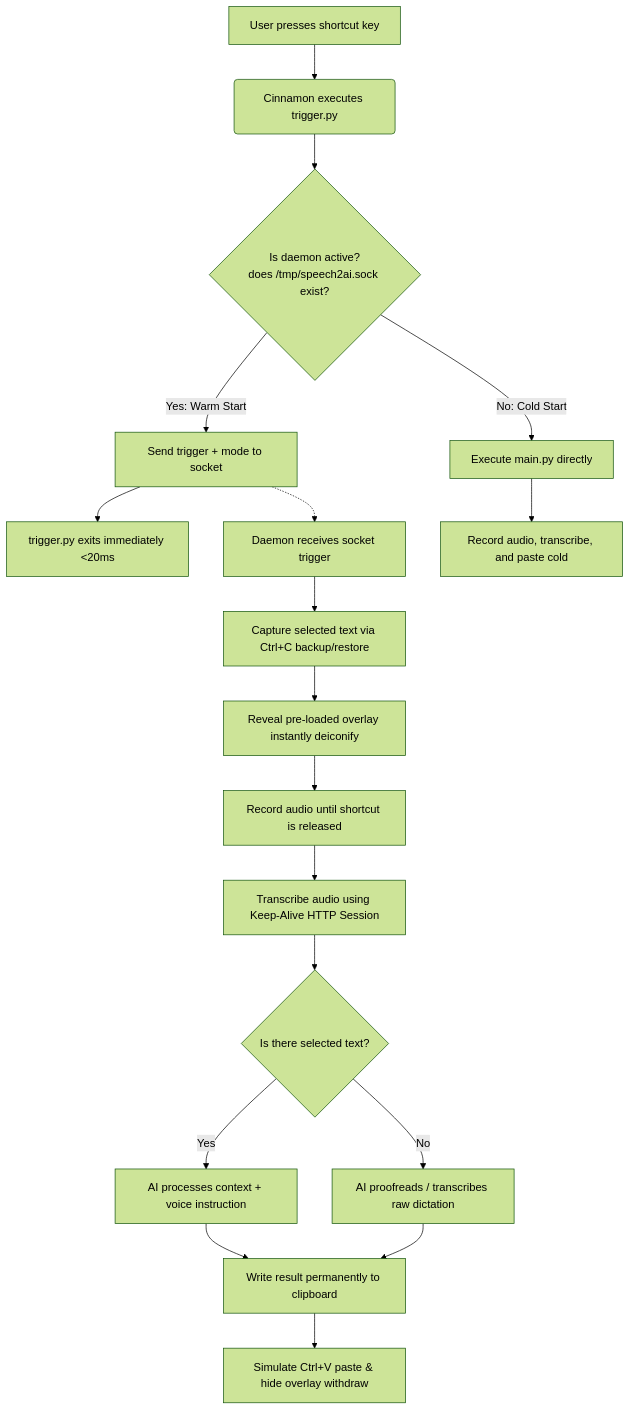
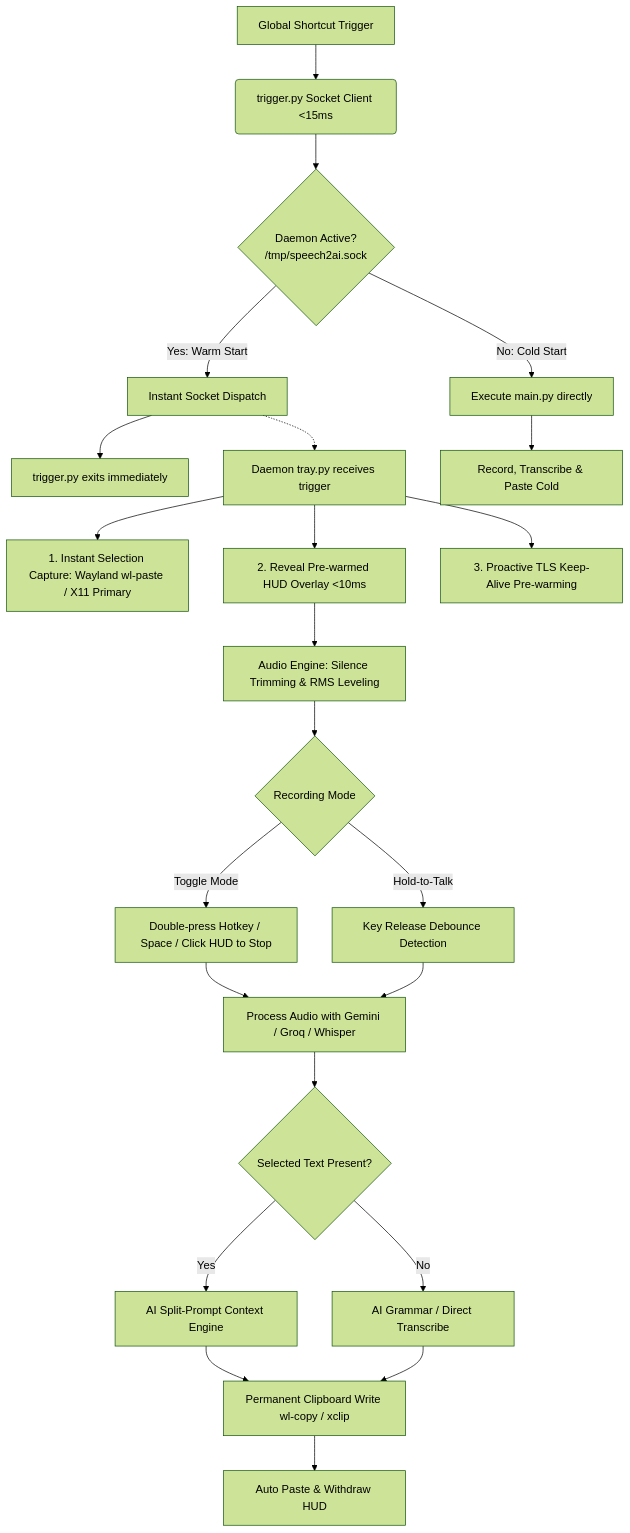
One commit to riisager/speech2ai changed the diagram in README.md. Above: the diagram before and after it, drawn with Mermaid (forest theme). The commit also changed other lines of this file and 9 other files, not shown here.

Commit message:
Feat: Major Speech2AI Upgrade - Wayland & X11 dual support, silence trimming, TLS pre-warming, Toggle/Hold recording modes, and resilient sessions

````diff
--- a/README.md
+++ b/README.md
@@ -11,28 +11,35 @@
 ```mermaid
 graph TD
-    A[User presses shortcut key] --> B(Cinnamon executes trigger.py)
-    B --> C{Is daemon active?<br>does /tmp/speech2ai.sock exist?}
+    A[Global Shortcut Trigger] --> B(trigger.py Socket Client <15ms)
+    B --> C{Daemon Active?<br>/tmp/speech2ai.sock}
     
     %% Warm Start Flow
-    C -- Yes: Warm Start --> D[Send trigger + mode to socket]
-    D --> E[trigger.py exits immediately <20ms]
+    C -- Yes: Warm Start --> D[Instant Socket Dispatch]
+    D --> E[trigger.py exits immediately]
     
-    %% Cold Start Flow
+    %% Cold Start Fallback
     C -- No: Cold Start --> F[Execute main.py directly]
-    F --> G[Record audio, transcribe, and paste cold]
+    F --> G[Record, Transcribe & Paste Cold]
     
-    %% Daemon processing
-    D -.-> H[Daemon receives socket trigger]
-    H --> I[Capture selected text via Ctrl+C backup/restore]
-    I --> J[Reveal pre-loaded overlay instantly deiconify]
-    J --> K[Record audio until shortcut is released]
-    K --> L[Transcribe audio using Keep-Alive HTTP Session]
-    L --> M{Is there selected text?}
+    %% Daemon Execution
+    D -.-> H[Daemon tray.py receives trigger]
+    H --> I[1. Instant Selection Capture: Wayland wl-paste / X11 Primary]
+    H --> J[2. Reveal Pre-warmed HUD Overlay <10ms]
+    H --> K[3. Proactive TLS Keep-Alive Pre-warming]
     
-    M -- Yes --> N[AI processes context + voice instruction]
-    M -- No --> O[AI proofreads / transcribes raw dictation]
+    J --> L[Audio Engine: Silence Trimming & RMS Leveling]
+    L --> M{Recording Mode}
+    M -- Toggle Mode --> N[Double-press Hotkey / Space / Click HUD to Stop]
+    M -- Hold-to-Talk --> O[Key Release Debounce Detection]
     
-    N --> P[Write result permanently to clipboard]
+    N --> P[Process Audio with Gemini / Groq / Whisper]
     O --> P
-    P --> Q[Simulate Ctrl+V paste & hide overlay withdraw]
+    
+    P --> Q{Selected Text Present?}
+    Q -- Yes --> R[AI Split-Prompt Context Engine]
+    Q -- No --> S[AI Grammar / Direct Transcribe]
+    
+    R --> T[Permanent Clipboard Write wl-copy / xclip]
+    S --> T
+    T --> U[Auto Paste & Withdraw HUD]
 ```
````
